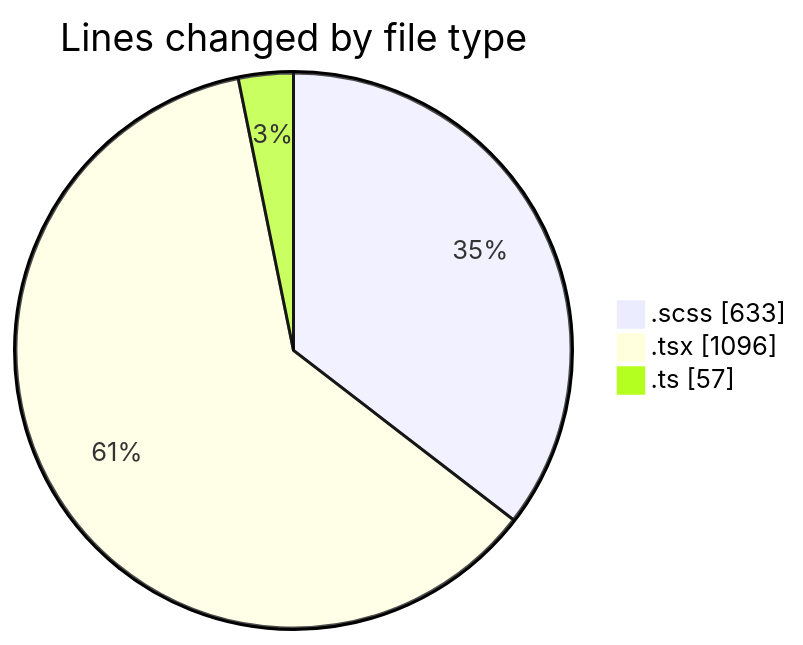
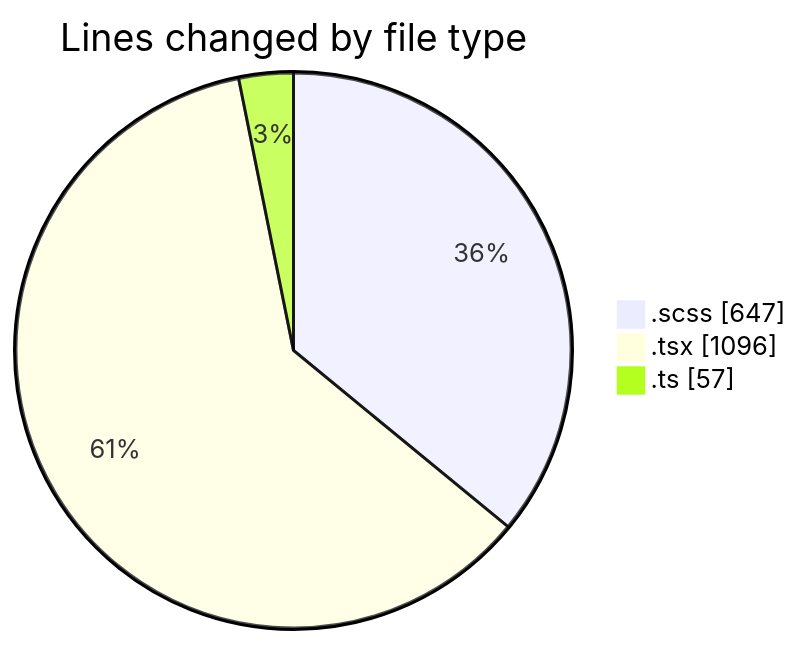
One commit to momahboobian/code-tracking changed the first of 2 diagrams in 2025-03-28/cda/README.md. Above: the diagram before and after it, drawn with Mermaid. The commit also changed other lines of this file and 1 other file, not shown here.

````diff
--- a/2025-03-28/cda/README.md
+++ b/2025-03-28/cda/README.md
@@ -25,7 +25,7 @@
 ```mermaid
 pie showData
 title Lines changed by file type
-".scss" : 633
+".scss" : 647
 ".tsx" : 1096
 ".ts" : 57
 ```
````
